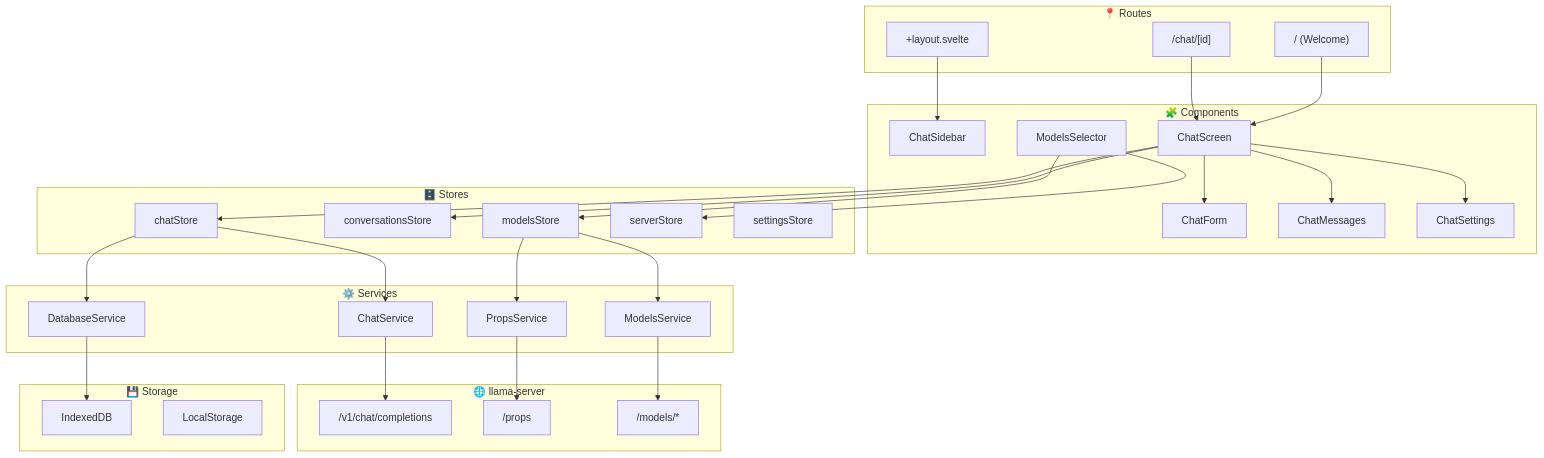
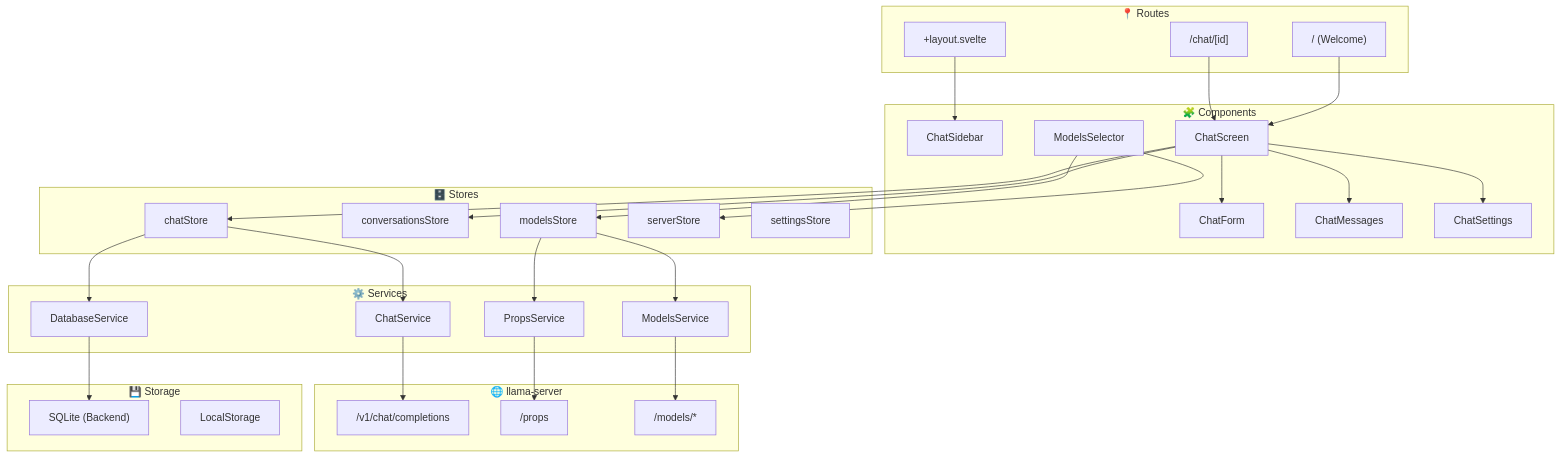
The first of 6 diagrams in packages/frontend/README.md (gugugiyu/magic.cpp), drawn with Mermaid before and after one commit. The commit also changed other lines of this file and 6 other files, not shown here.

Commit message:
docs: update docs to match current system architecture

````diff
--- a/packages/frontend/README.md
+++ b/packages/frontend/README.md
@@ -243,55 +308,55 @@
 ```mermaid
 flowchart TB
     subgraph Routes["📍 Routes"]
         R1["/ (Welcome)"]
         R2["/chat/[id]"]
         RL["+layout.svelte"]
     end
 
     subgraph Components["🧩 Components"]
         C_Sidebar["ChatSidebar"]
         C_Screen["ChatScreen"]
         C_Form["ChatForm"]
         C_Messages["ChatMessages"]
         C_ModelsSelector["ModelsSelector"]
         C_Settings["ChatSettings"]
     end
 
     subgraph Stores["🗄️ Stores"]
         S1["chatStore"]
         S2["conversationsStore"]
         S3["modelsStore"]
         S4["serverStore"]
         S5["settingsStore"]
     end
 
     subgraph Services["⚙️ Services"]
         SV1["ChatService"]
         SV2["ModelsService"]
         SV3["PropsService"]
         SV4["DatabaseService"]
     end
 
     subgraph Storage["💾 Storage"]
-        ST1["IndexedDB"]
+        ST1["SQLite (Backend)"]
         ST2["LocalStorage"]
     end
 
     subgraph APIs["🌐 llama-server"]
         API1["/v1/chat/completions"]
         API2["/props"]
         API3["/models/*"]
     end
 
     R1 & R2 --> C_Screen
     RL --> C_Sidebar
     C_Screen --> C_Form & C_Messages & C_Settings
     C_Screen --> S1 & S2
     C_ModelsSelector --> S3 & S4
     S1 --> SV1 & SV4
     S3 --> SV2 & SV3
     SV4 --> ST1
     SV1 --> API1
     SV2 --> API3
     SV3 --> API2
 ```
````
